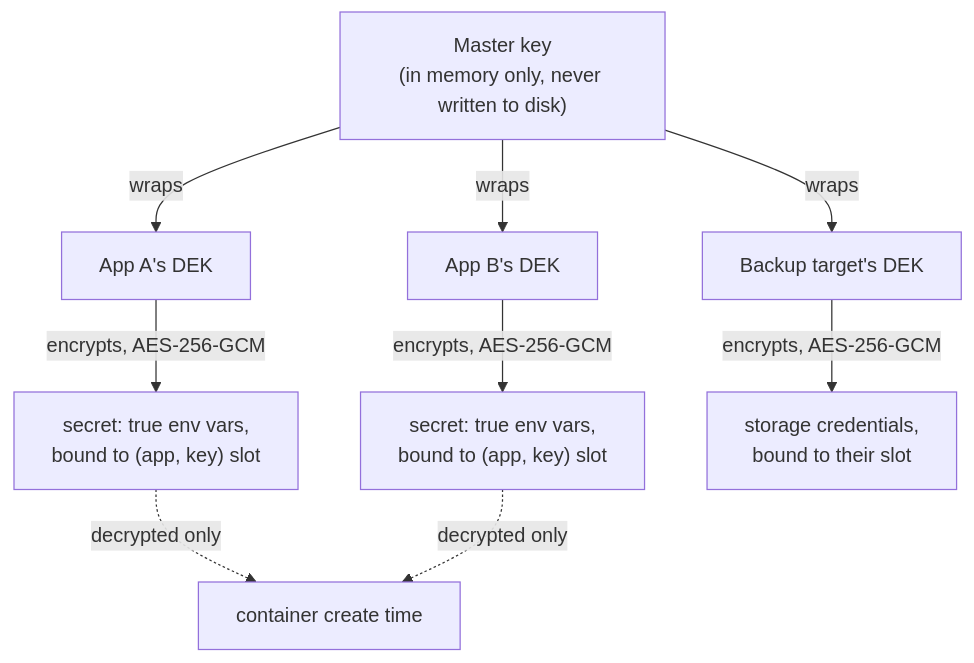
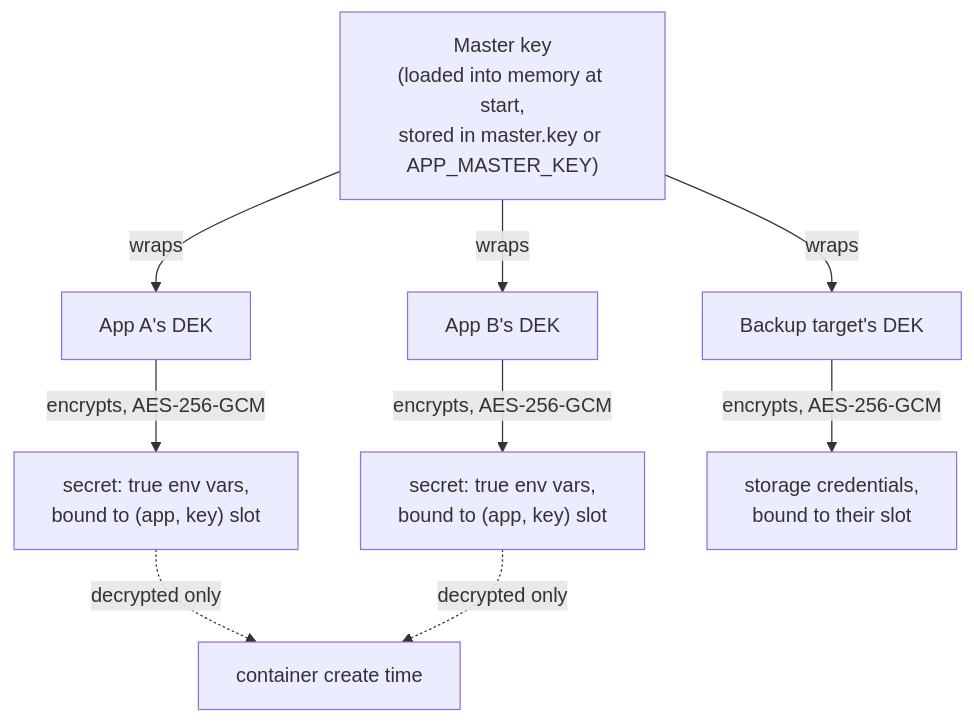
The diagram in docs/security.md (glincker/levelrail), drawn with Mermaid before and after one commit. The commit also changed other lines of this file and 92 other files, not shown here.

First line of the commit message:
docs: render landing pages on Mintlify, convert callouts, fix titles and descriptions, correct master key claim

````diff
--- a/docs/security.md
+++ b/docs/security.md
@@ -8,12 +20,12 @@
 ```mermaid
 flowchart TD
-  MK["Master key<br/>(in memory only, never written to disk)"]
+  MK["Master key<br/>(loaded into memory at start,<br/>stored in master.key or APP_MASTER_KEY)"]
   MK -->|wraps| D1["App A's DEK"]
   MK -->|wraps| D2["App B's DEK"]
   MK -->|wraps| D3["Backup target's DEK"]
   D1 -->|encrypts, AES-256-GCM| V1["secret: true env vars,<br/>bound to (app, key) slot"]
   D2 -->|encrypts, AES-256-GCM| V2["secret: true env vars,<br/>bound to (app, key) slot"]
   D3 -->|encrypts, AES-256-GCM| V3["storage credentials,<br/>bound to their slot"]
   V1 -.->|decrypted only| CT["container create time"]
   V2 -.->|decrypted only| CT
 ```
````
